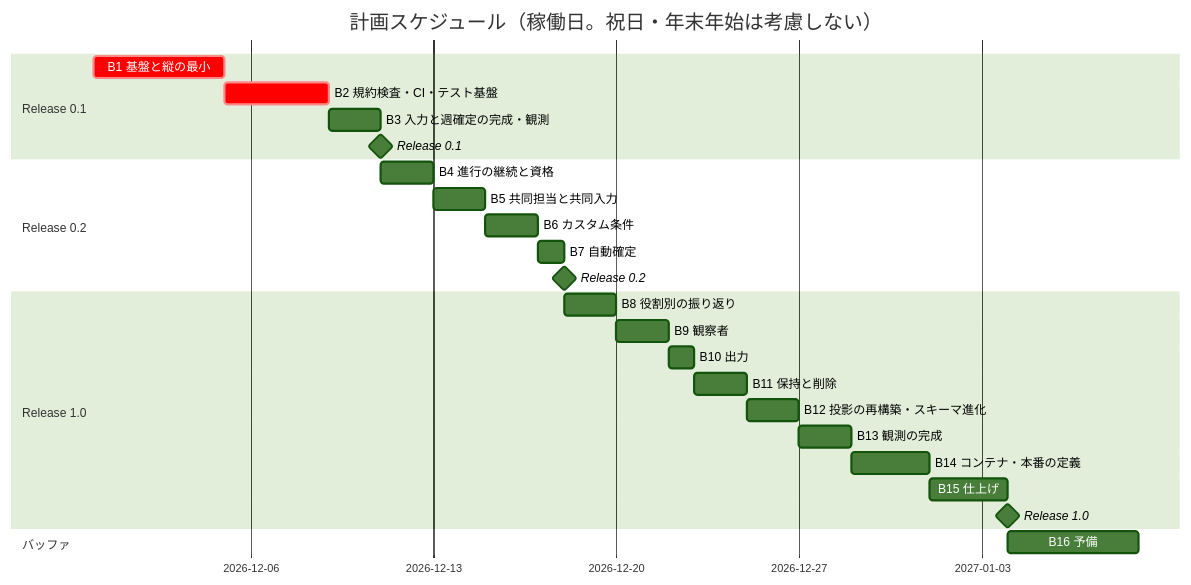
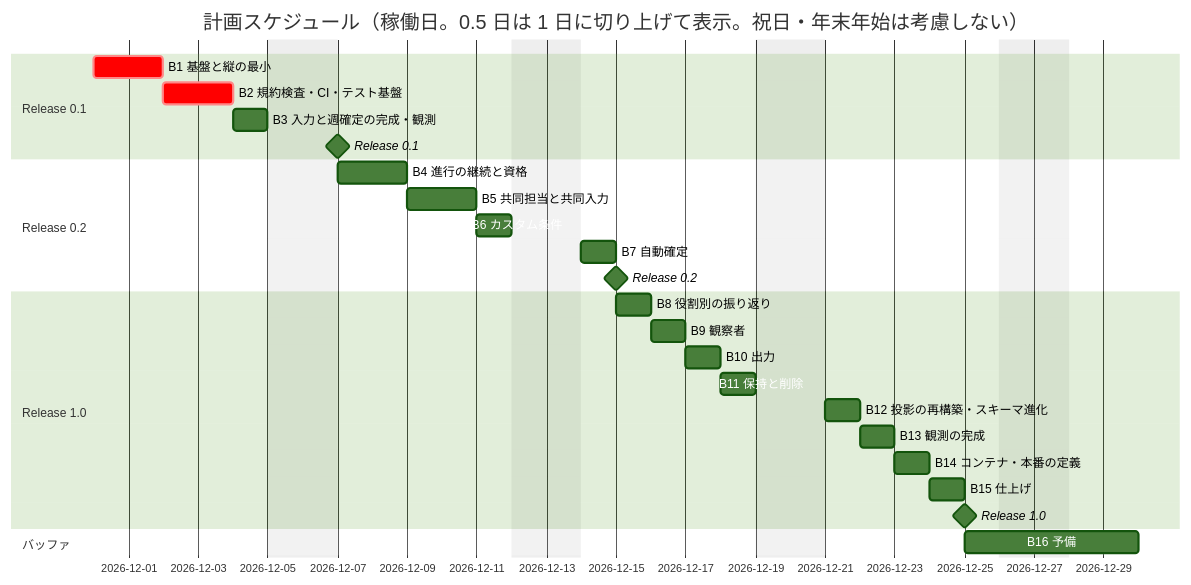
One commit to k2works/case-study-beer-game-simulation changed the diagram in docs/development/beer-game-scala/release_plan.md. Above: the diagram before and after it, drawn with Mermaid (forest theme). The commit also changed other lines of this file, not shown here.

````diff
--- a/docs/development/beer-game-scala/release_plan.md
+++ b/docs/development/beer-game-scala/release_plan.md
@@ -170,28 +183,29 @@
 ```mermaid
 gantt
-    title 計画スケジュール（稼働日。祝日・年末年始は考慮しない）
+    title 計画スケジュール（稼働日。0.5 日は 1 日に切り上げて表示。祝日・年末年始は考慮しない）
     dateFormat  YYYY-MM-DD
+    excludes    weekends
     section Release 0.1
-    B1 基盤と縦の最小           :crit, b1, 2026-11-30, 5d
-    B2 規約検査・CI・テスト基盤  :crit, b2, after b1, 4d
-    B3 入力と週確定の完成・観測  :b3, after b2, 2d
+    B1 基盤と縦の最小           :crit, b1, 2026-11-30, 2d
+    B2 規約検査・CI・テスト基盤  :crit, b2, after b1, 2d
+    B3 入力と週確定の完成・観測  :b3, after b2, 1d
     Release 0.1                :milestone, m1, after b3, 0d
     section Release 0.2
     B4 進行の継続と資格         :b4, after b3, 2d
     B5 共同担当と共同入力       :b5, after b4, 2d
-    B6 カスタム条件             :b6, after b5, 2d
+    B6 カスタム条件             :b6, after b5, 1d
     B7 自動確定                 :b7, after b6, 1d
     Release 0.2                :milestone, m2, after b7, 0d
     section Release 1.0
-    B8 役割別の振り返り         :b8, after b7, 2d
-    B9 観察者                   :b9, after b8, 2d
+    B8 役割別の振り返り         :b8, after b7, 1d
+    B9 観察者                   :b9, after b8, 1d
     B10 出力                    :b10, after b9, 1d
-    B11 保持と削除              :b11, after b10, 2d
-    B12 投影の再構築・スキーマ進化 :b12, after b11, 2d
-    B13 観測の完成              :b13, after b12, 2d
-    B14 コンテナ・本番の定義    :b14, after b13, 3d
-    B15 仕上げ                  :b15, after b14, 3d
+    B11 保持と削除              :b11, after b10, 1d
+    B12 投影の再構築・スキーマ進化 :b12, after b11, 1d
+    B13 観測の完成              :b13, after b12, 1d
+    B14 コンテナ・本番の定義    :b14, after b13, 1d
+    B15 仕上げ                  :b15, after b14, 1d
     Release 1.0                :milestone, m3, after b15, 0d
     section バッファ
-    B16 予備                    :b16, after b15, 5d
+    B16 予備                    :b16, after b15, 3d
 ```
````
